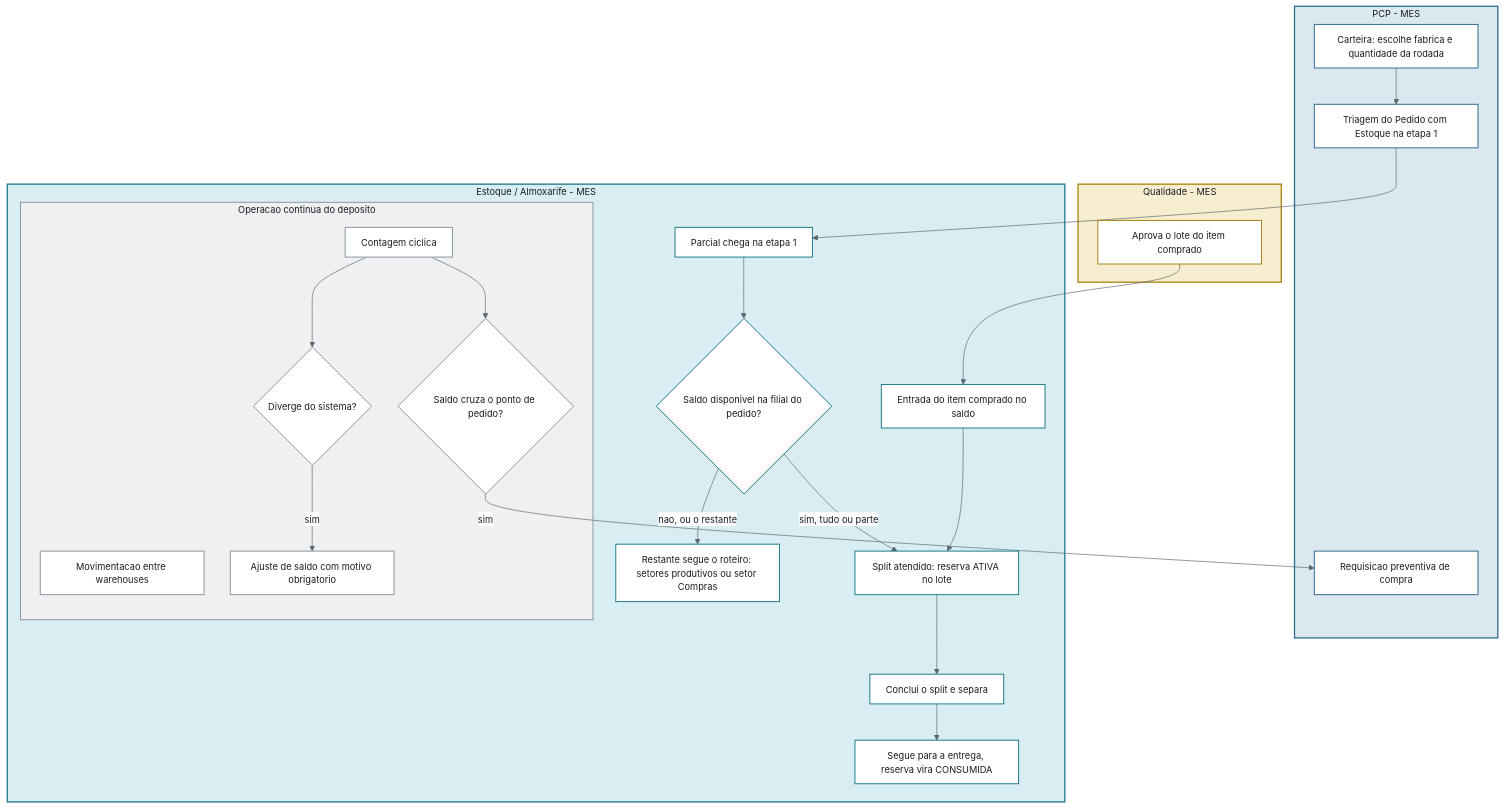
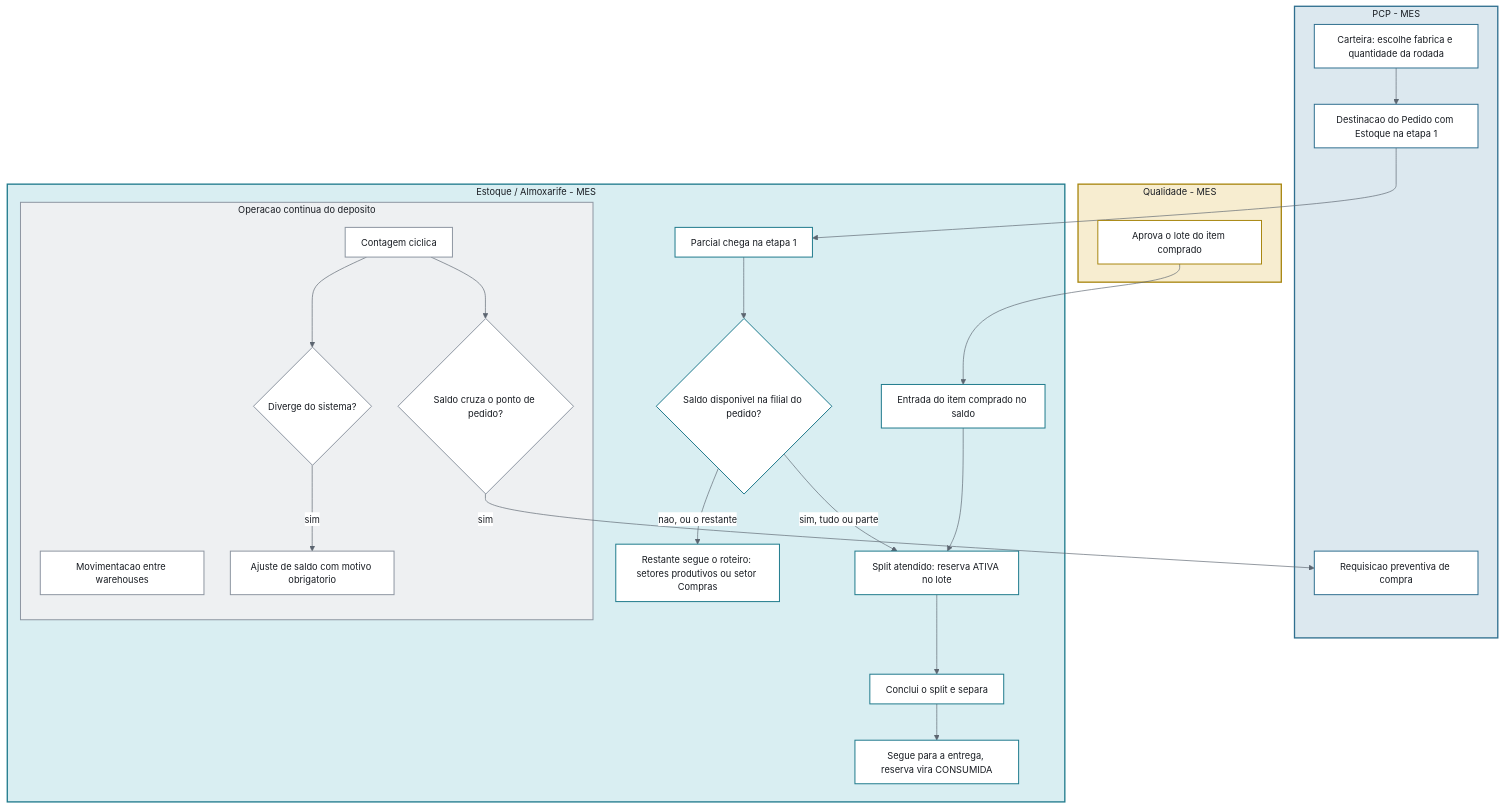
Before and after one commit to Acosvital/vault-avhub-mer: the sixth of 6 diagrams in 01-Fluxo-Operacional/Fluxogramas-Completos.md, drawn with Mermaid. The commit also changed other lines of this file and 13 other files, not shown here.

First line of the commit message:
docs(vault): Triagem e Destinacao do Pedido; levantamento PCP legado x MES do Robert (29 lacunas)

````diff
--- a/01-Fluxo-Operacional/Fluxogramas-Completos.md
+++ b/01-Fluxo-Operacional/Fluxogramas-Completos.md
@@ -501,62 +501,62 @@
 ```mermaid
 %%{init: {'theme': 'base', 'themeVariables': {'primaryColor': '#ffffff', 'primaryTextColor': '#181c22', 'primaryBorderColor': '#33475a', 'lineColor': '#5c6570', 'fontFamily': 'Source Sans 3, sans-serif', 'fontSize': '14px', 'edgeLabelBackground': '#ffffff', 'textColor': '#181c22'}, 'flowchart': {'nodeSpacing': 40, 'rankSpacing': 55, 'padding': 12}}}%%
 flowchart TD
     subgraph SEC_PCP[PCP - MES]
         A[Carteira: escolhe fabrica e quantidade da rodada]
-        B[Triagem do Pedido com Estoque na etapa 1]
+        B[Destinacao do Pedido com Estoque na etapa 1]
         I[Requisicao preventiva de compra]
         A --> B
     end
 
     subgraph SEC_QUAL[Qualidade - MES]
         Q[Aprova o lote do item comprado]
     end
 
     subgraph SEC_ESTOQUE[Estoque / Almoxarife - MES]
         D[Parcial chega na etapa 1]
         C{Saldo disponivel na filial do pedido?}
         E[Split atendido: reserva ATIVA no lote]
         F[Conclui o split e separa]
         G[Restante segue o roteiro: setores produtivos ou setor Compras]
         P[Entrada do item comprado no saldo]
         X[Segue para a entrega, reserva vira CONSUMIDA]
         D --> C
         C -->|sim, tudo ou parte| E --> F --> X
         C -->|nao, ou o restante| G
         P --> E
 
         subgraph OPERACAO[Operacao continua do deposito]
             J[Movimentacao entre warehouses]
             K[Contagem ciclica]
             K --> L{Diverge do sistema?}
             L -->|sim| M[Ajuste de saldo com motivo obrigatorio]
             K --> N{Saldo cruza o ponto de pedido?}
         end
     end
 
     B --> D
     Q --> P
     N -->|sim| I
 
     style SEC_PCP fill:#dce8ef,stroke:#2f6f8f,stroke-width:2px,color:#181c22
     style SEC_QUAL fill:#f7edd0,stroke:#a8860f,stroke-width:2px,color:#181c22
     style SEC_ESTOQUE fill:#d9eef2,stroke:#1f7a8c,stroke-width:2px,color:#181c22
     style OPERACAO fill:#eef0f2,stroke:#8d95a1,stroke-width:1.5px,color:#181c22
 
     style A fill:#ffffff,stroke:#2f6f8f,stroke-width:1.5px,color:#181c22
     style B fill:#ffffff,stroke:#2f6f8f,stroke-width:1.5px,color:#181c22
     style I fill:#ffffff,stroke:#2f6f8f,stroke-width:1.5px,color:#181c22
     style Q fill:#ffffff,stroke:#a8860f,stroke-width:1.5px,color:#181c22
     style D fill:#ffffff,stroke:#1f7a8c,stroke-width:1.5px,color:#181c22
     style C fill:#ffffff,stroke:#1f7a8c,stroke-width:1.5px,color:#181c22
     style E fill:#ffffff,stroke:#1f7a8c,stroke-width:1.5px,color:#181c22
     style F fill:#ffffff,stroke:#1f7a8c,stroke-width:1.5px,color:#181c22
     style G fill:#ffffff,stroke:#1f7a8c,stroke-width:1.5px,color:#181c22
     style P fill:#ffffff,stroke:#1f7a8c,stroke-width:1.5px,color:#181c22
     style X fill:#ffffff,stroke:#1f7a8c,stroke-width:1.5px,color:#181c22
     style J fill:#ffffff,stroke:#8d95a1,stroke-width:1.5px,color:#181c22
     style K fill:#ffffff,stroke:#8d95a1,stroke-width:1.5px,color:#181c22
     style L fill:#ffffff,stroke:#8d95a1,stroke-width:1.5px,color:#181c22
     style M fill:#ffffff,stroke:#8d95a1,stroke-width:1.5px,color:#181c22
     style N fill:#ffffff,stroke:#8d95a1,stroke-width:1.5px,color:#181c22
 ```
````
